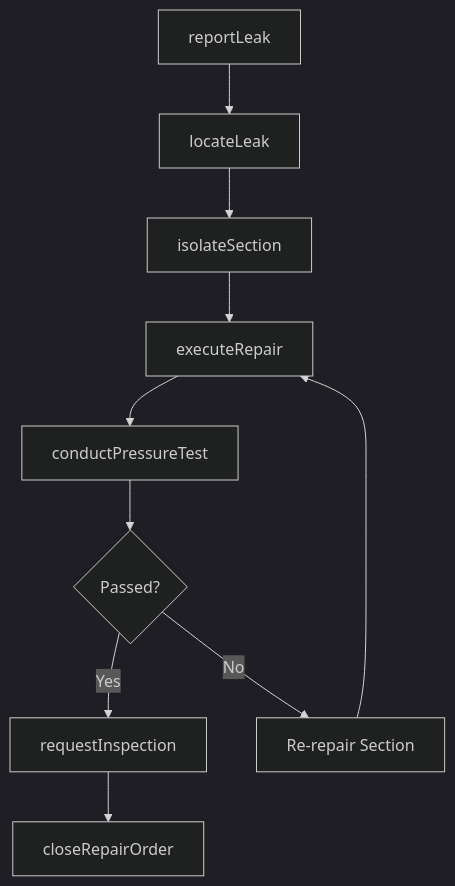
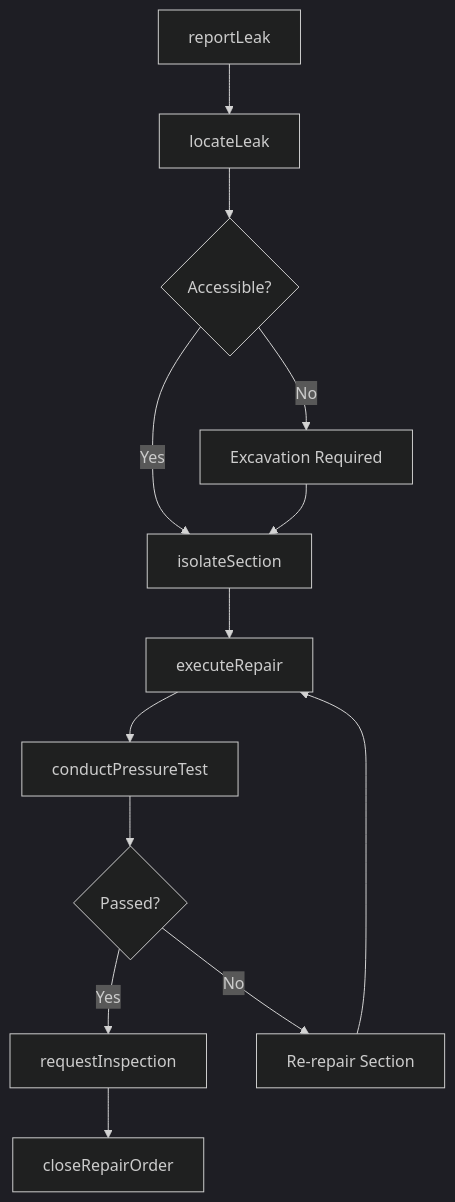
One commit to dot-org-ai/tasks.org.ai changed the third of 4 diagrams in RepairingAndMaintainingMechanicalEquipment/MaintainFacilitiesOrEquipment/RepairPipesStopLeaking.mdx. Above: the diagram before and after it, drawn with Mermaid (dark theme). The commit also changed other lines of this file and 504 other files, not shown here.

First line of the commit message:
feat: Add ER diagrams, state diagrams, and workflow improvements to 96 DWA task files

````diff
--- a/RepairingAndMaintainingMechanicalEquipment/MaintainFacilitiesOrEquipment/RepairPipesStopLeaking.mdx
+++ b/RepairingAndMaintainingMechanicalEquipment/MaintainFacilitiesOrEquipment/RepairPipesStopLeaking.mdx
@@ -86,12 +116,15 @@
 ```mermaid
 graph TD
     A[reportLeak] --> B[locateLeak]
-    B --> C[isolateSection]
-    C --> D[executeRepair]
-    D --> E[conductPressureTest]
-    E --> F{Passed?}
-    F -->|Yes| G[requestInspection]
-    F -->|No| H[Re-repair Section]
-    H --> D
-    G --> I[closeRepairOrder]
+    B --> C{Accessible?}
+    C -->|Yes| D[isolateSection]
+    C -->|No| E[Excavation Required]
+    E --> D
+    D --> F[executeRepair]
+    F --> G[conductPressureTest]
+    G --> H{Passed?}
+    H -->|Yes| I[requestInspection]
+    H -->|No| J[Re-repair Section]
+    J --> F
+    I --> K[closeRepairOrder]
 ```
````
